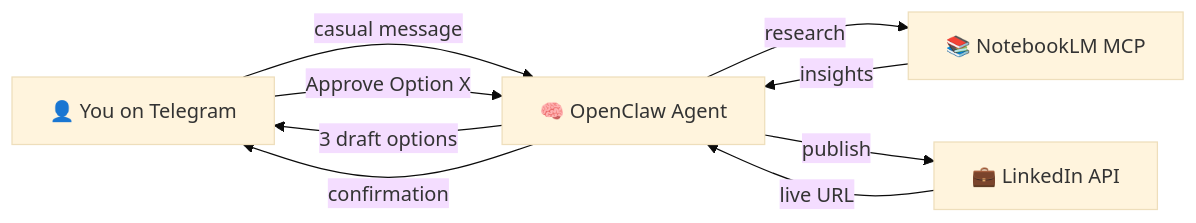
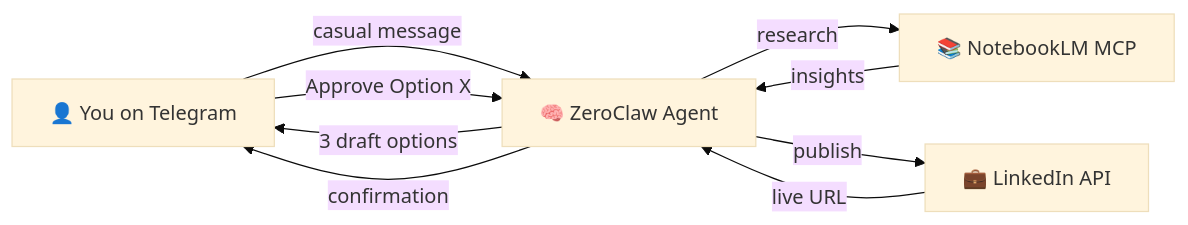
The diagram in README.md (EgiStr/AABP-openclaw), drawn with Mermaid (base theme) before and after one commit. The commit also changed other lines of this file and 11 other files, not shown here.

Commit message:
Refactor agent framework from OpenClaw to ZeroClaw, update documentation, and implement Tool-Maker skill generation

````diff
--- a/README.md
+++ b/README.md
@@ -5,11 +5,11 @@
 ```mermaid
 graph LR
-    U[👤 You on Telegram] -->|casual message| OC[🧠 OpenClaw Agent]
+    U[👤 You on Telegram] -->|casual message| OC[🧠 ZeroClaw Agent]
     OC -->|research| NLM[📚 NotebookLM MCP]
     NLM -->|insights| OC
     OC -->|3 draft options| U
     U -->|Approve Option X| OC
     OC -->|publish| LI[💼 LinkedIn API]
     LI -->|live URL| OC
     OC -->|confirmation| U
 ```
````
